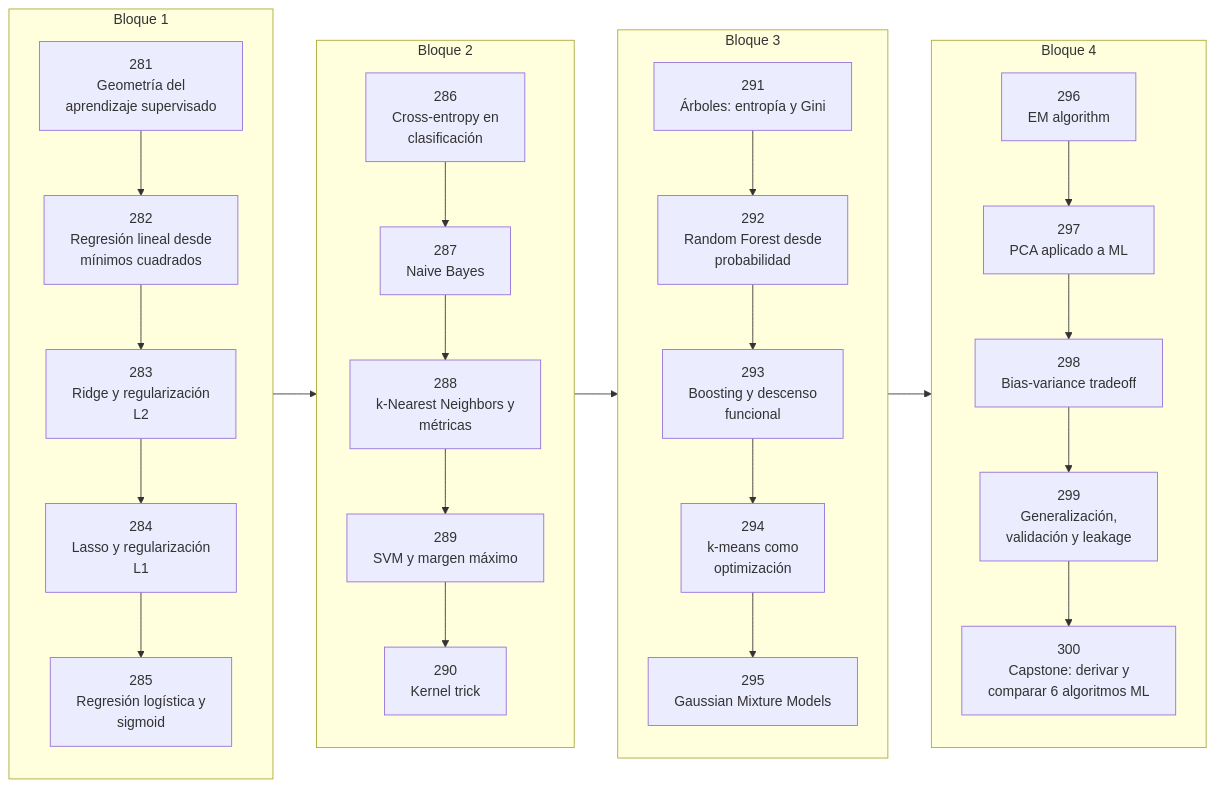
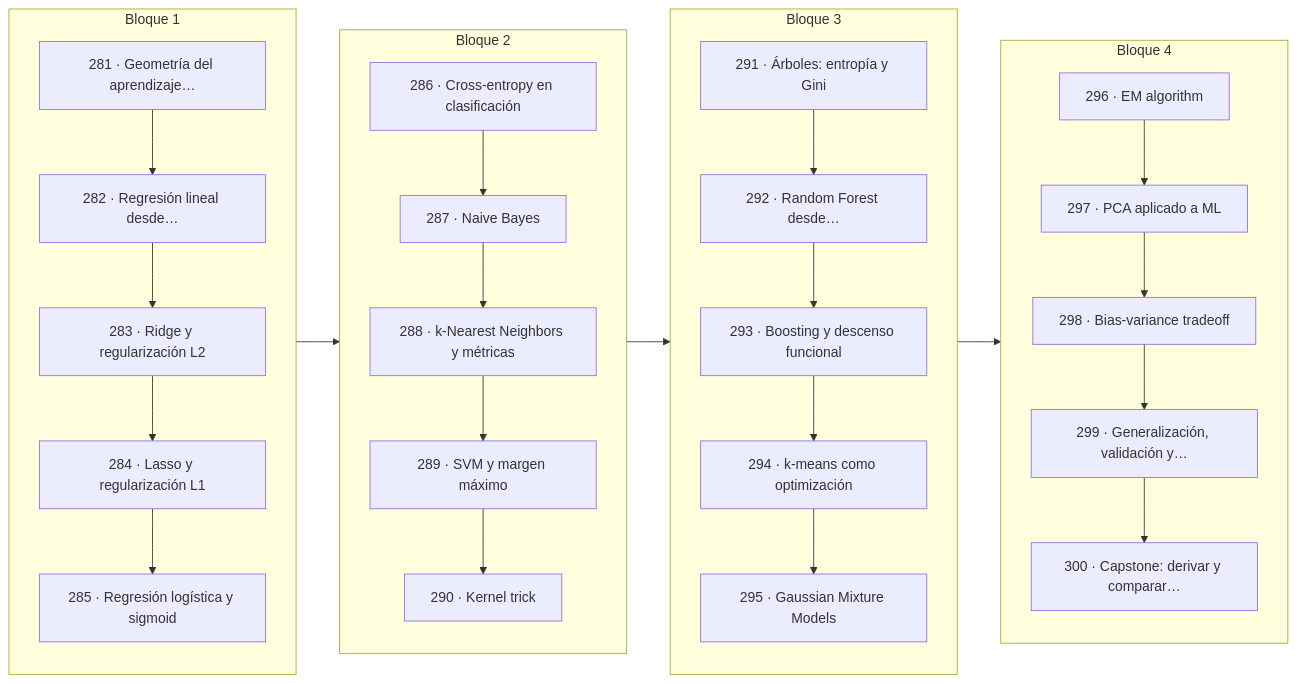
Before and after one commit to vladimiracunadev-create/computational-mathematics-program: the diagram in classes/part-14-matematica-de-machine-learning/README.md, drawn with Mermaid. The commit also changed 389 other files, not shown here.

First line of the commit message:
fix(diagramas): elimina el HTML de las etiquetas Mermaid

````diff
--- a/classes/part-14-matematica-de-machine-learning/README.md
+++ b/classes/part-14-matematica-de-machine-learning/README.md
@@ -34,54 +34,54 @@
 ```mermaid
 flowchart LR
     subgraph B1["Bloque 1"]
         direction TB
-        L281["281<br/>Geometría del<br/>aprendizaje supervisado"]
-        L282["282<br/>Regresión lineal desde<br/>mínimos cuadrados"]
-        L283["283<br/>Ridge y regularización<br/>L2"]
-        L284["284<br/>Lasso y regularización<br/>L1"]
-        L285["285<br/>Regresión logística y<br/>sigmoid"]
+        L281["281 · Geometría del aprendizaje…"]
+        L282["282 · Regresión lineal desde…"]
+        L283["283 · Ridge y regularización L2"]
+        L284["284 · Lasso y regularización L1"]
+        L285["285 · Regresión logística y sigmoid"]
         L281 --> L282
         L282 --> L283
         L283 --> L284
         L284 --> L285
     end
     subgraph B2["Bloque 2"]
         direction TB
-        L286["286<br/>Cross-entropy en<br/>clasificación"]
-        L287["287<br/>Naive Bayes"]
-        L288["288<br/>k-Nearest Neighbors y<br/>métricas"]
-        L289["289<br/>SVM y margen máximo"]
-        L290["290<br/>Kernel trick"]
+        L286["286 · Cross-entropy en clasificación"]
+        L287["287 · Naive Bayes"]
+        L288["288 · k-Nearest Neighbors y métricas"]
+        L289["289 · SVM y margen máximo"]
+        L290["290 · Kernel trick"]
         L286 --> L287
         L287 --> L288
         L288 --> L289
         L289 --> L290
     end
     subgraph B3["Bloque 3"]
         direction TB
-        L291["291<br/>Árboles: entropía y Gini"]
-        L292["292<br/>Random Forest desde<br/>probabilidad"]
-        L293["293<br/>Boosting y descenso<br/>funcional"]
-        L294["294<br/>k-means como<br/>optimización"]
-        L295["295<br/>Gaussian Mixture Models"]
+        L291["291 · Árboles: entropía y Gini"]
+        L292["292 · Random Forest desde…"]
+        L293["293 · Boosting y descenso funcional"]
+        L294["294 · k-means como optimización"]
+        L295["295 · Gaussian Mixture Models"]
         L291 --> L292
         L292 --> L293
         L293 --> L294
         L294 --> L295
     end
     subgraph B4["Bloque 4"]
         direction TB
-        L296["296<br/>EM algorithm"]
-        L297["297<br/>PCA aplicado a ML"]
-        L298["298<br/>Bias-variance tradeoff"]
-        L299["299<br/>Generalización,<br/>validación y leakage"]
-        L300["300<br/>Capstone: derivar y<br/>comparar 6 algoritmos ML"]
+        L296["296 · EM algorithm"]
+        L297["297 · PCA aplicado a ML"]
+        L298["298 · Bias-variance tradeoff"]
+        L299["299 · Generalización, validación y…"]
+        L300["300 · Capstone: derivar y comparar…"]
         L296 --> L297
         L297 --> L298
         L298 --> L299
         L299 --> L300
     end
     L285 --> L286
     L290 --> L291
     L295 --> L296
 ```
````
